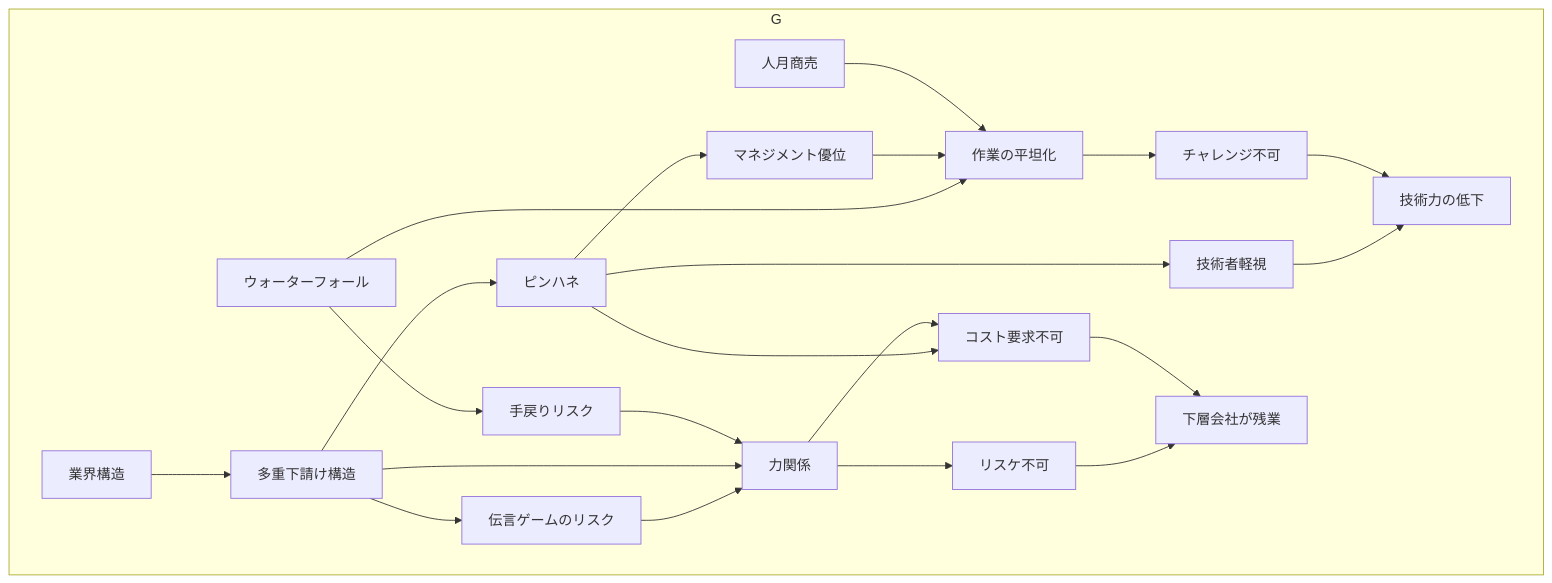
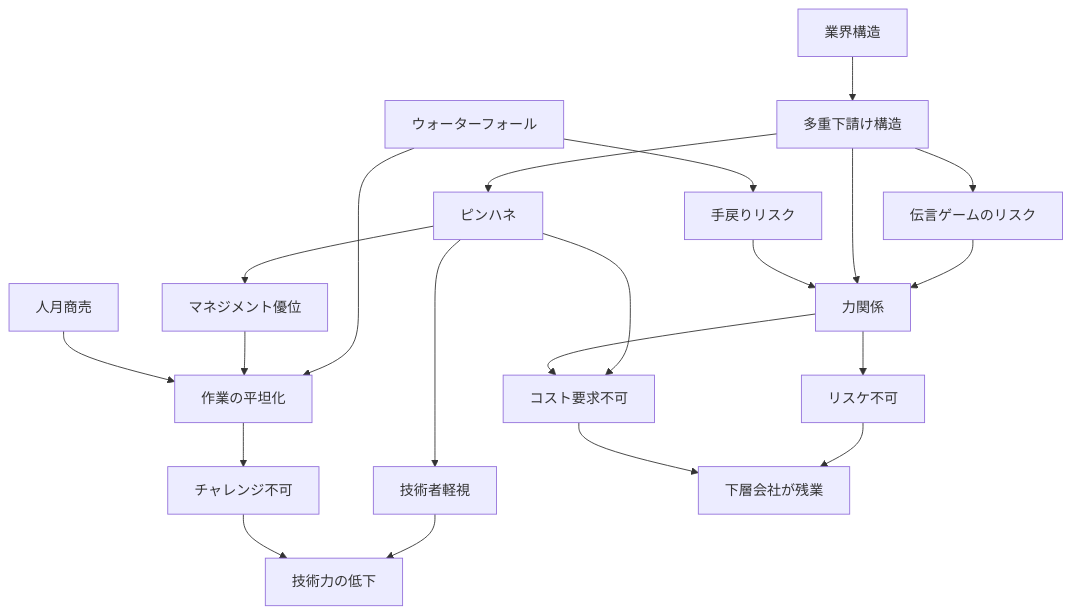
The first of 6 diagrams in src/content/blog/2020-01-17_reason-of-se-black/index.md (snamiki1212/myblog), drawn with Mermaid before and after one commit. The commit also changed other lines of this file and 3 other files, not shown here.

Commit message:
fix: update mermaid from dot

````diff
--- a/src/content/blog/2020-01-17_reason-of-se-black/index.md
+++ b/src/content/blog/2020-01-17_reason-of-se-black/index.md
@@ -43,23 +43,21 @@
 ```mermaid
 graph TD
-  subgraph G
-    業界構造 --> 多重下請け構造
-    多重下請け構造 --> 伝言ゲームのリスク --> power_balance
-    多重下請け構造 --> ピンハネ
-    多重下請け構造 --> power_balance
-    ウォーターフォール --> 手戻りリスク --> power_balance
-    ウォーターフォール --> 作業の平坦化
-    ピンハネ --> 技術者軽視 --> 技術力の低下
-    ピンハネ --> unchangable_cost
-    ピンハネ --> マネジメント優位 --> 作業の平坦化
-    人月商売 --> 作業の平坦化
-    作業の平坦化 --> チャレンジ不可
-    チャレンジ不可 --> 技術力の低下
-    power_balance --> unchangable_shcedule --> overwork
-    power_balance --> unchangable_cost --> overwork
-    overwork[下層会社が残業]
-    unchangable_shcedule[リスケ不可]
-    unchangable_cost[コスト要求不可]
-    power_balance[力関係]
-  end
+  業界構造 --> 多重下請け構造
+  多重下請け構造 --> 伝言ゲームのリスク --> power_balance
+  多重下請け構造 --> ピンハネ
+  多重下請け構造 --> power_balance
+  ウォーターフォール --> 手戻りリスク --> power_balance
+  ウォーターフォール --> 作業の平坦化
+  ピンハネ --> 技術者軽視 --> 技術力の低下
+  ピンハネ --> unchangable_cost
+  ピンハネ --> マネジメント優位 --> 作業の平坦化
+  人月商売 --> 作業の平坦化
+  作業の平坦化 --> チャレンジ不可
+  チャレンジ不可 --> 技術力の低下
+  power_balance --> unchangable_shcedule --> overwork
+  power_balance --> unchangable_cost --> overwork
+  overwork[下層会社が残業]
+  unchangable_shcedule[リスケ不可]
+  unchangable_cost[コスト要求不可]
+  power_balance[力関係]
 ```
````
